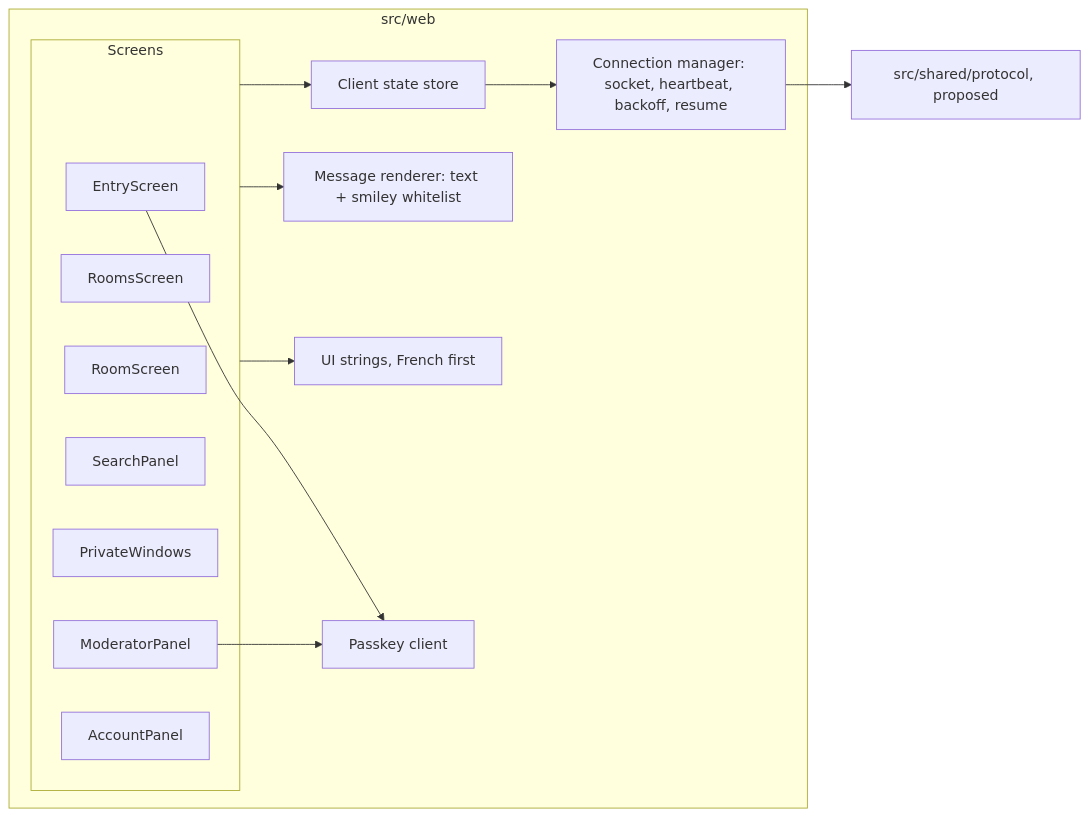
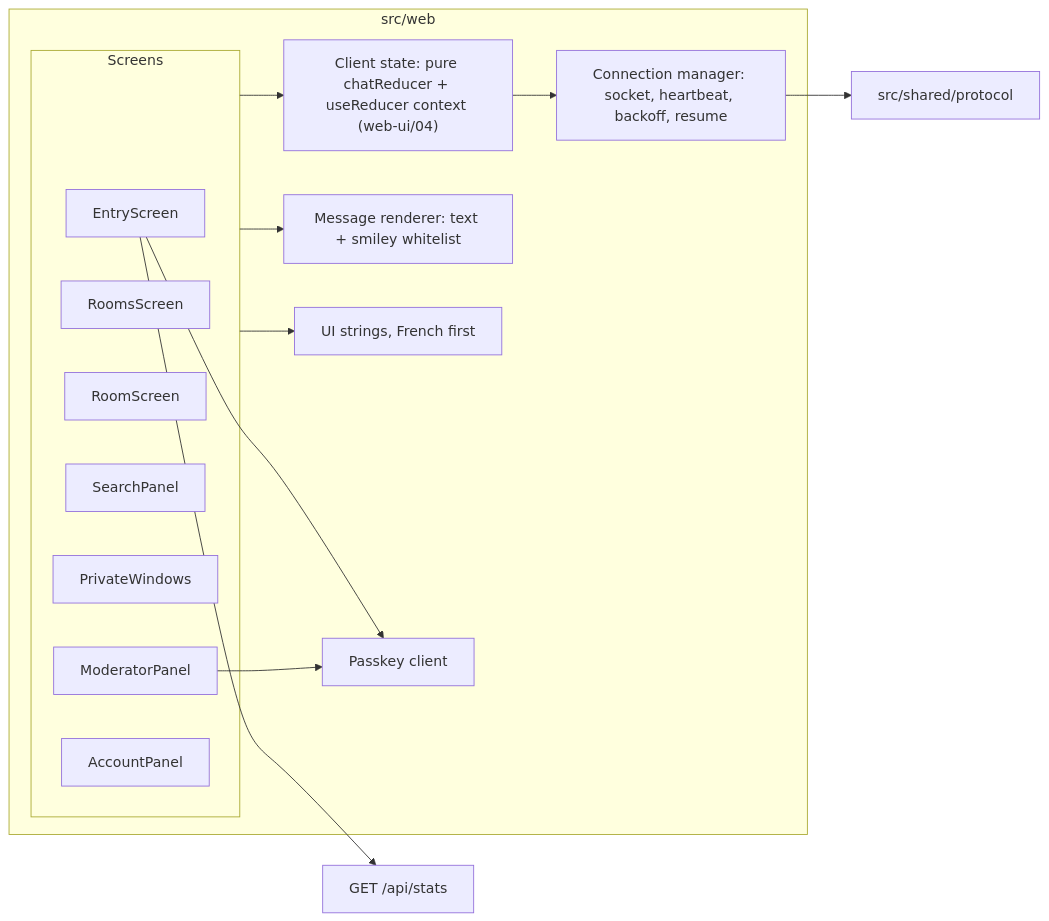
The diagram in docs/architecture/diagrams/web-ui/03-component.md (benoit-bremaud/asv), drawn with Mermaid before and after one commit. The commit also changed other lines of this file and 55 other files, not shown here.

````diff
--- a/docs/architecture/diagrams/web-ui/03-component.md
+++ b/docs/architecture/diagrams/web-ui/03-component.md
@@ -14,27 +14,29 @@
 ```mermaid
 flowchart LR
   subgraph Web ["src/web"]
     subgraph Screens ["Screens"]
       Entry["EntryScreen"]
       Rooms["RoomsScreen"]
       Room["RoomScreen"]
       Search["SearchPanel"]
       Windows["PrivateWindows"]
       Mod["ModeratorPanel"]
       Account["AccountPanel"]
     end
-    Store["Client state store"]
+    Store["Client state: pure chatReducer + useReducer context (web-ui/04)"]
     Conn["Connection manager: socket, heartbeat, backoff, resume"]
     Render["Message renderer: text + smiley whitelist"]
     Strings["UI strings, French first"]
     Passkey["Passkey client"]
   end
-  Shared["src/shared/protocol, proposed"]
+  Shared["src/shared/protocol"]
+  Stats["GET /api/stats"]
   Screens --> Store
   Screens --> Render
   Screens --> Strings
   Store --> Conn
   Conn --> Shared
+  Entry --> Stats
   Mod --> Passkey
   Entry --> Passkey
 ```
````
